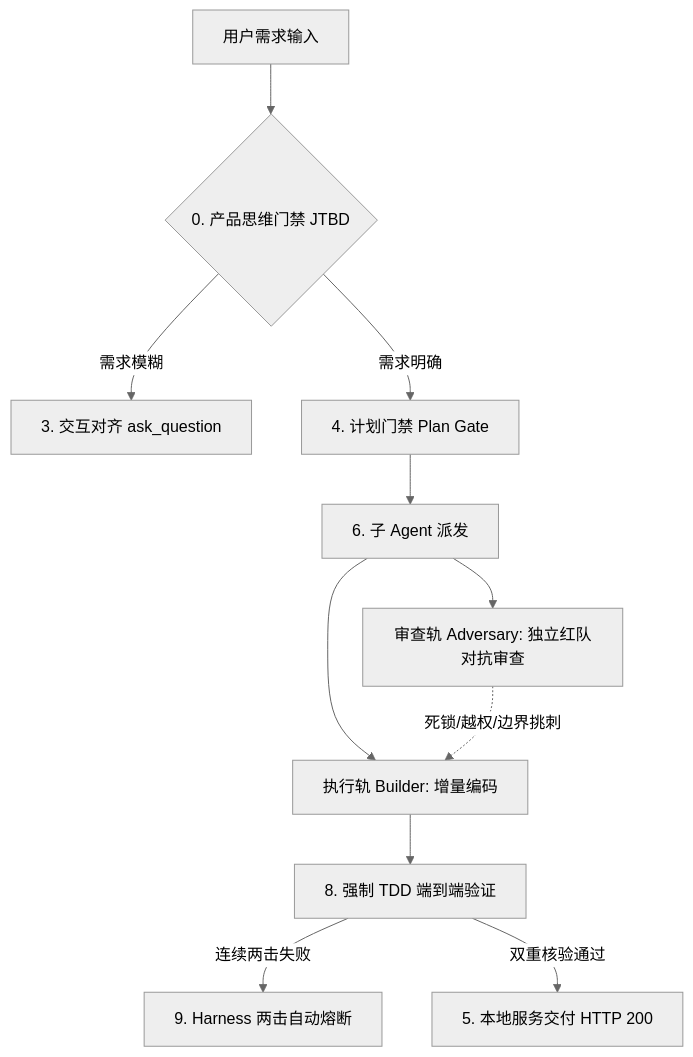
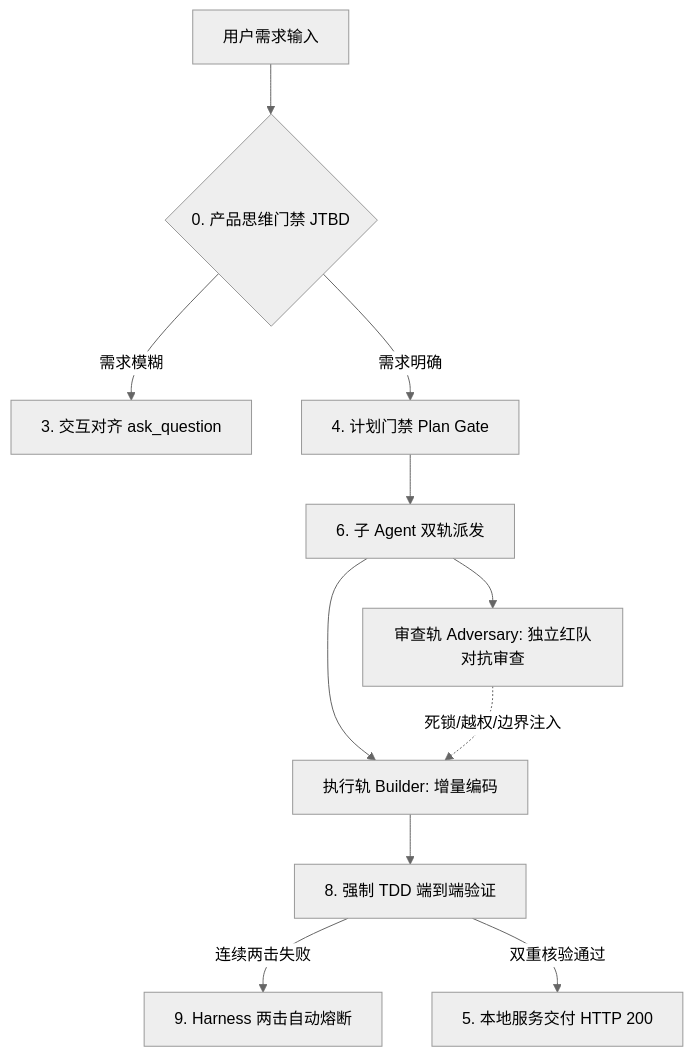
One commit to Alphaxiaoteng/antigravity-agent-protocol changed the diagram in README.md. Above: the diagram before and after it, drawn with Mermaid (neutral theme). The commit also changed other lines of this file and 1 other file, not shown here.

````diff
--- a/README.md
+++ b/README.md
@@ -20,13 +20,13 @@
 ```mermaid
 graph TD
     A[用户需求输入] --> B{0. 产品思维门禁 JTBD}
     B -->|需求模糊| C[3. 交互对齐 ask_question]
     B -->|需求明确| D[4. 计划门禁 Plan Gate]
-    D --> E[6. 子 Agent 派发]
+    D --> E[6. 子 Agent 双轨派发]
     E --> F[执行轨 Builder: 增量编码]
     E --> G[审查轨 Adversary: 独立红队对抗审查]
-    G -.->|死锁/越权/边界挑刺| F
+    G -.->|死锁/越权/边界注入| F
     F --> H[8. 强制 TDD 端到端验证]
     H -->|连续两击失败| I[9. Harness 两击自动熔断]
     H -->|双重核验通过| J[5. 本地服务交付 HTTP 200]
 ```
````
